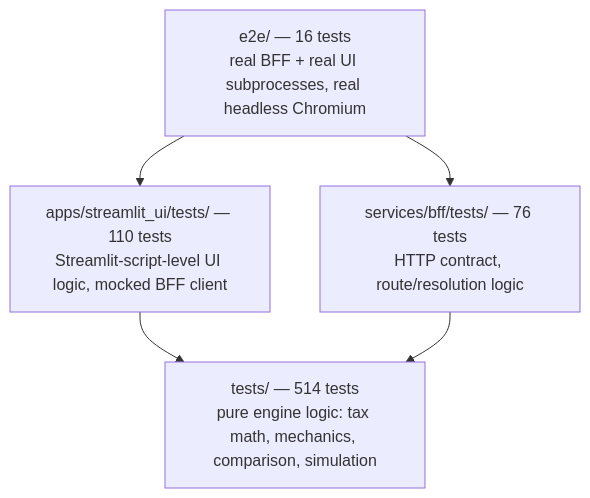
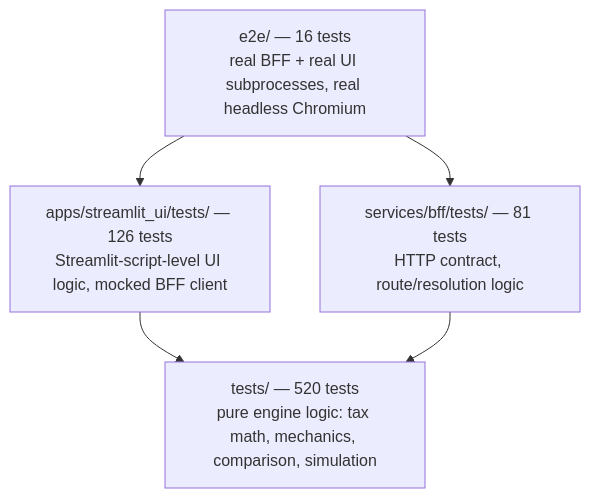
Before and after one commit to muirjc/retirement-planner: the seventh of 7 diagrams in docs/SOLUTION_ARCHITECTURE.md, drawn with Mermaid. The commit also changed 19 other files, not shown here.

````diff
--- a/docs/SOLUTION_ARCHITECTURE.md
+++ b/docs/SOLUTION_ARCHITECTURE.md
@@ -265,12 +265,12 @@
 ```mermaid
 graph TD
     E2E["e2e/ — 16 tests<br/>real BFF + real UI subprocesses, real headless Chromium"]
-    UI["apps/streamlit_ui/tests/ — 110 tests<br/>Streamlit-script-level UI logic, mocked BFF client"]
-    BFF["services/bff/tests/ — 76 tests<br/>HTTP contract, route/resolution logic"]
-    CORE["tests/ — 514 tests<br/>pure engine logic: tax math, mechanics, comparison, simulation"]
+    UI["apps/streamlit_ui/tests/ — 126 tests<br/>Streamlit-script-level UI logic, mocked BFF client"]
+    BFF["services/bff/tests/ — 81 tests<br/>HTTP contract, route/resolution logic"]
+    CORE["tests/ — 520 tests<br/>pure engine logic: tax math, mechanics, comparison, simulation"]
 
     E2E --> UI
     E2E --> BFF
     UI --> CORE
     BFF --> CORE
 ```
````
